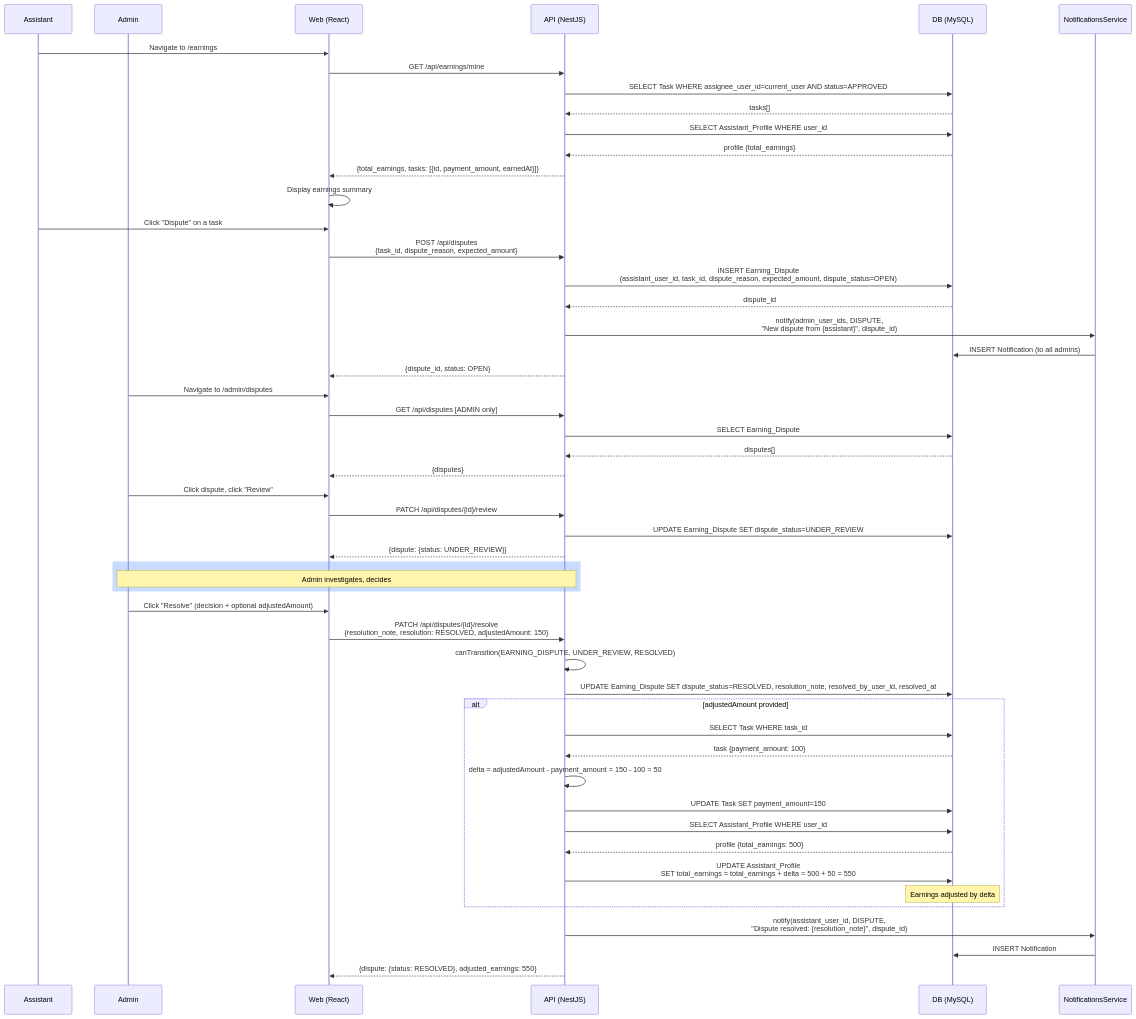
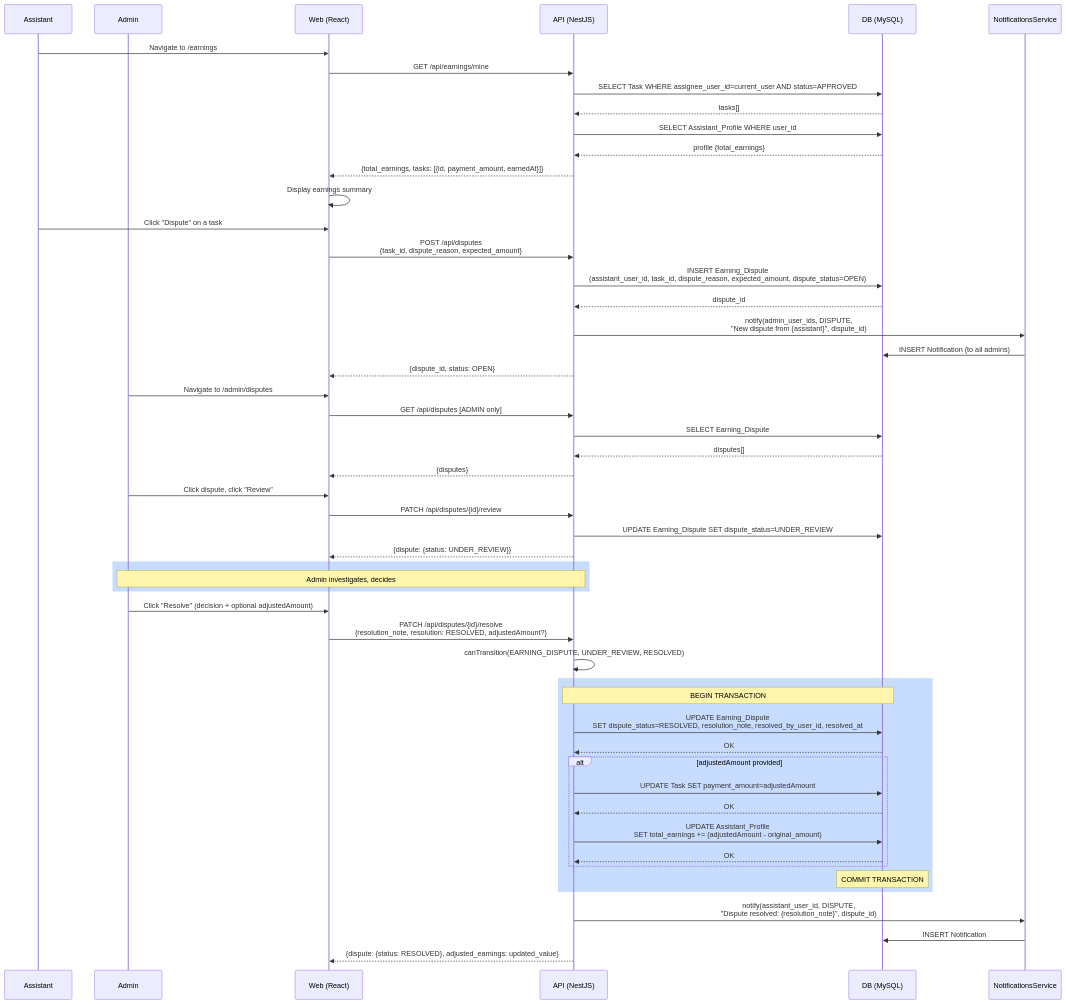
One commit to zun3007/Manga-Creation-Workflow-and-Publishing-Management-System changed diagram 13 of 14 in documents/04-diagrams/02-sequence-diagrams.md. Above: the diagram before and after it, drawn with Mermaid. The commit also changed other lines of this file and 20 other files, not shown here.

First line of the commit message:
docs: sync all documentation to current code + fix 11 diagram render bugs

````diff
--- a/documents/04-diagrams/02-sequence-diagrams.md
+++ b/documents/04-diagrams/02-sequence-diagrams.md
@@ -508,67 +585,67 @@
 ```mermaid
 sequenceDiagram
     participant Assistant
     participant Admin
     participant Web as Web (React)
     participant API as API (NestJS)
     participant DB as DB (MySQL)
     participant Notif as NotificationsService
 
     Assistant->>Web: Navigate to /earnings
     Web->>API: GET /api/earnings/mine
     API->>DB: SELECT Task WHERE assignee_user_id=current_user AND status=APPROVED
     DB-->>API: tasks[]
     API->>DB: SELECT Assistant_Profile WHERE user_id
     DB-->>API: profile {total_earnings}
     API-->>Web: {total_earnings, tasks: [{id, payment_amount, earnedAt}]}
     Web->>Web: Display earnings summary
     
     Assistant->>Web: Click "Dispute" on a task
     Web->>API: POST /api/disputes<br/>{task_id, dispute_reason, expected_amount}
     
     API->>DB: INSERT Earning_Dispute<br/>(assistant_user_id, task_id, dispute_reason, expected_amount, dispute_status=OPEN)
     DB-->>API: dispute_id
     
     API->>Notif: notify(admin_user_ids, DISPUTE,<br/>"New dispute from {assistant}", dispute_id)
     Notif->>DB: INSERT Notification (to all admins)
     
     API-->>Web: {dispute_id, status: OPEN}
     
     Admin->>Web: Navigate to /admin/disputes
     Web->>API: GET /api/disputes [ADMIN only]
     API->>DB: SELECT Earning_Dispute
     DB-->>API: disputes[]
     API-->>Web: {disputes}
     
     Admin->>Web: Click dispute, click "Review"
     Web->>API: PATCH /api/disputes/{id}/review
     API->>DB: UPDATE Earning_Dispute SET dispute_status=UNDER_REVIEW
     API-->>Web: {dispute: {status: UNDER_REVIEW}}
     
     rect rgb(200, 220, 255)
         Note over Admin,API: Admin investigates, decides
     end
     
     Admin->>Web: Click "Resolve" (decision + optional adjustedAmount)
-    Web->>API: PATCH /api/disputes/{id}/resolve<br/>{resolution_note, resolution: RESOLVED, adjustedAmount: 150}
+    Web->>API: PATCH /api/disputes/{id}/resolve<br/>{resolution_note, resolution: RESOLVED, adjustedAmount?}
     
     API->>API: canTransition(EARNING_DISPUTE, UNDER_REVIEW, RESOLVED)
-    API->>DB: UPDATE Earning_Dispute SET dispute_status=RESOLVED, resolution_note, resolved_by_user_id, resolved_at
     
-    alt adjustedAmount provided
-        API->>DB: SELECT Task WHERE task_id
-        DB-->>API: task {payment_amount: 100}
-        API->>API: delta = adjustedAmount - payment_amount = 150 - 100 = 50
-        API->>DB: UPDATE Task SET payment_amount=150
-        
-        API->>DB: SELECT Assistant_Profile WHERE user_id
-        DB-->>API: profile {total_earnings: 500}
-        API->>DB: UPDATE Assistant_Profile<br/>SET total_earnings = total_earnings + delta = 500 + 50 = 550
-        Note over DB: Earnings adjusted by delta
+    rect rgb(200, 220, 255)
+        Note over API,DB: BEGIN TRANSACTION
+        API->>DB: UPDATE Earning_Dispute<br/>SET dispute_status=RESOLVED, resolution_note, resolved_by_user_id, resolved_at
+        DB-->>API: OK
+        alt adjustedAmount provided
+            API->>DB: UPDATE Task SET payment_amount=adjustedAmount
+            DB-->>API: OK
+            API->>DB: UPDATE Assistant_Profile<br/>SET total_earnings += (adjustedAmount - original_amount)
+            DB-->>API: OK
+        end
+        Note over DB: COMMIT TRANSACTION
     end
     
     API->>Notif: notify(assistant_user_id, DISPUTE,<br/>"Dispute resolved: {resolution_note}", dispute_id)
     Notif->>DB: INSERT Notification
     
-    API-->>Web: {dispute: {status: RESOLVED}, adjusted_earnings: 550}
+    API-->>Web: {dispute: {status: RESOLVED}, adjusted_earnings: updated_value}
 ```
````
